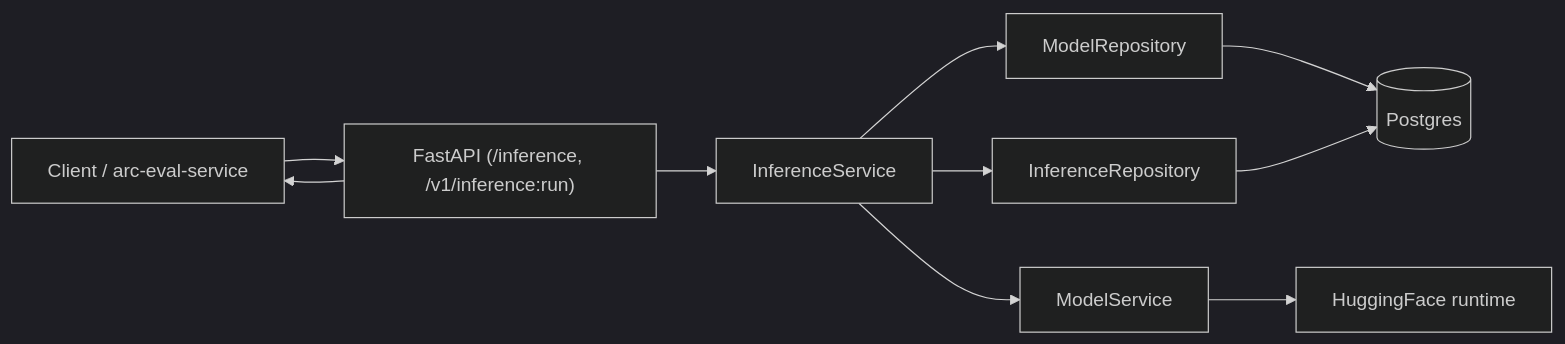
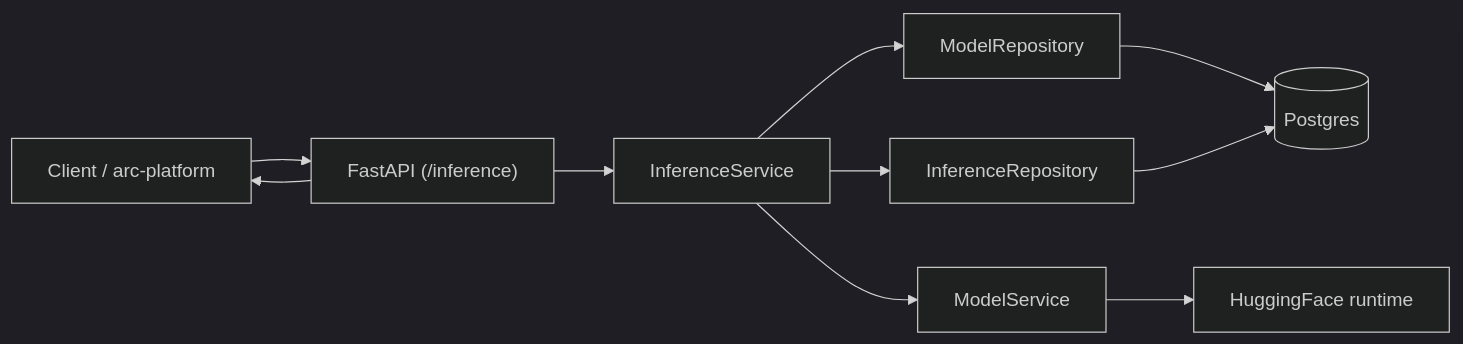
The first of 3 diagrams in docs/dataflow.md (DimitarAtanassov/arc-model-lab), drawn with Mermaid (dark theme) before and after one commit. The commit also changed other lines of this file and 7 other files, not shown here.

````diff
--- a/docs/dataflow.md
+++ b/docs/dataflow.md
@@ -20,12 +18,12 @@
 ```mermaid
 flowchart LR
-    Client[Client / arc-eval-service] --> API["FastAPI (/inference, /v1/inference:run)"]
+    Client[Client / arc-platform] --> API["FastAPI (/inference)"]
     API --> InfSvc[InferenceService]
     InfSvc --> ModelRepo[ModelRepository]
     InfSvc --> MS[ModelService]
     MS --> HF[HuggingFace runtime]
     InfSvc --> InfRepo[InferenceRepository]
     ModelRepo --> DB[(Postgres)]
     InfRepo --> DB
     API --> Client
 ```
````
